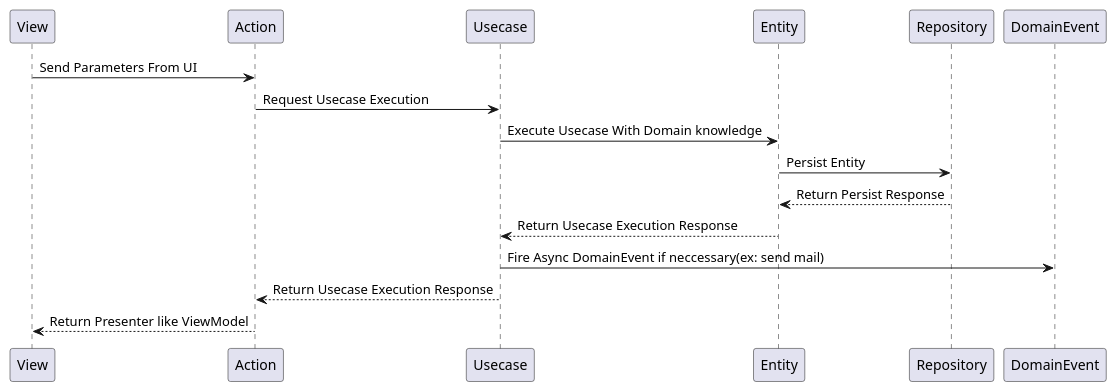
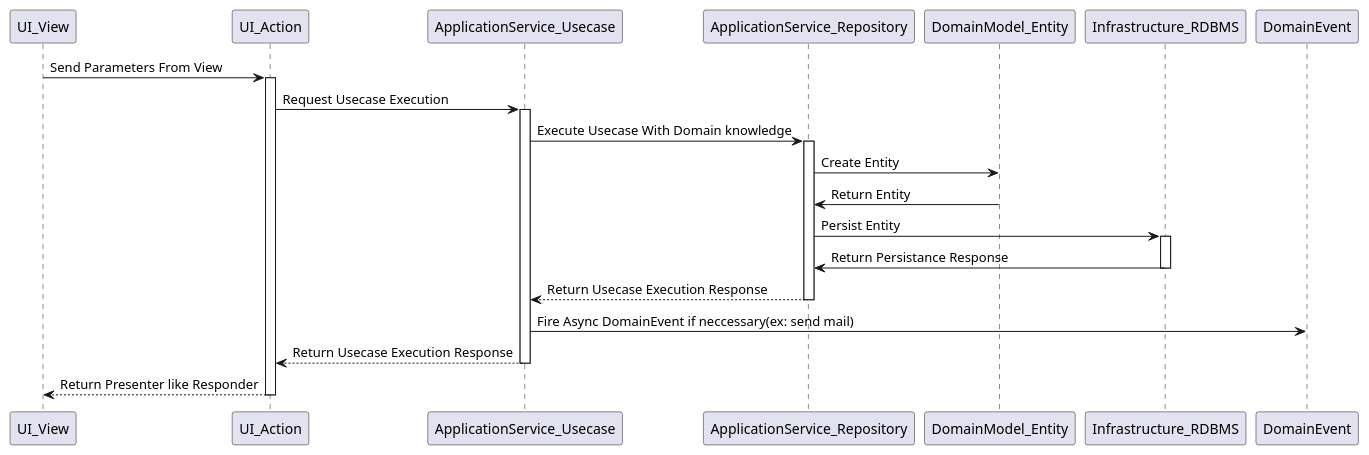
The diagram in docs/architecture/LayerSequence.pu (708u/laravel-tweet-ddd), drawn with PlantUML before and after one commit. The commit also changed 1 other file, not shown here.

Commit message:
Fix LayerSequence

```diff
--- a/docs/architecture/LayerSequence.pu
+++ b/docs/architecture/LayerSequence.pu
@@ -1,13 +1,30 @@
-@startuml
-View -> Action: Send Parameters From UI
-Action -> Usecase: Request Usecase Execution
-Usecase -> Entity: Execute Usecase With Domain knowledge
+@startuml Create New Entity Sequence
+UI_View -> UI_Action: Send Parameters From View
+activate UI_Action
 
-Entity -> Repository: Persist Entity
-Entity <-- Repository: Return Persist Response
-Usecase <-- Entity: Return Usecase Execution Response
-Usecase -> DomainEvent: Fire Async DomainEvent if neccessary(ex: send mail)
+UI_Action -> ApplicationService_Usecase: Request Usecase Execution
 
-Action <-- Usecase: Return Usecase Execution Response
-View <-- Action: Return Presenter like ViewModel
+activate ApplicationService_Usecase
+ApplicationService_Usecase -> ApplicationService_Repository: Execute Usecase With Domain knowledge
+
+activate ApplicationService_Repository
+ApplicationService_Repository -> DomainModel_Entity: Create Entity
+DomainModel_Entity -> ApplicationService_Repository: Return Entity
+ ApplicationService_Repository -> Infrastructure_RDBMS: Persist Entity
+
+activate Infrastructure_RDBMS
+ApplicationService_Repository <- Infrastructure_RDBMS: Return Persistance Response
+deactivate Infrastructure_RDBMS
+
+ApplicationService_Usecase <-- ApplicationService_Repository: Return Usecase Execution Response
+deactivate ApplicationService_Repository
+
+ApplicationService_Usecase -> DomainEvent: Fire Async DomainEvent if neccessary(ex: send mail)
+
+UI_Action <-- ApplicationService_Usecase: Return Usecase Execution Response
+deactivate ApplicationService_Usecase
+
+UI_View <-- UI_Action: Return Presenter like Responder
+deactivate UI_Action
+
 @enduml
```
